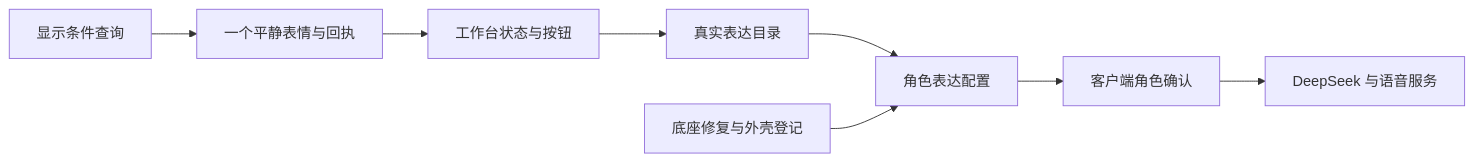
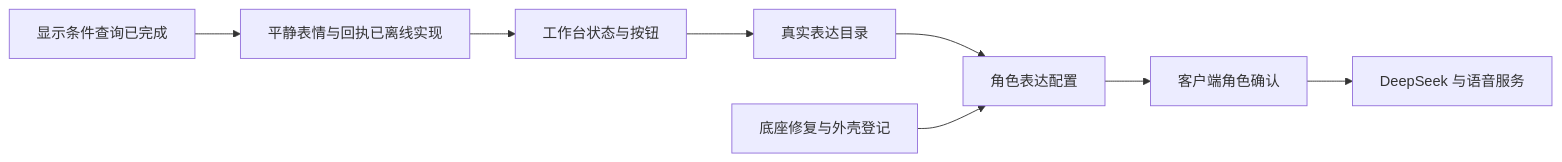
One commit to 404-NOT-FOUND-ERROR/DeskBot-Hardware changed the diagram in docs/development-pipeline-20261102.md. Above: the diagram before and after it, drawn with Mermaid. The commit also changed other lines of this file and 28 other files, not shown here.

````diff
--- a/docs/development-pipeline-20261102.md
+++ b/docs/development-pipeline-20261102.md
@@ -20,10 +20,10 @@
 ```mermaid
 flowchart LR
-    A[显示条件查询] --> B[一个平静表情与回执]
+    A[显示条件查询已完成] --> B[平静表情与回执已离线实现]
     B --> C[工作台状态与按钮]
     C --> D[真实表达目录]
     D --> E[角色表达配置]
     F[底座修复与外壳登记] --> E
     E --> G[客户端角色确认]
     G --> H[DeepSeek 与语音服务]
 ```
````
